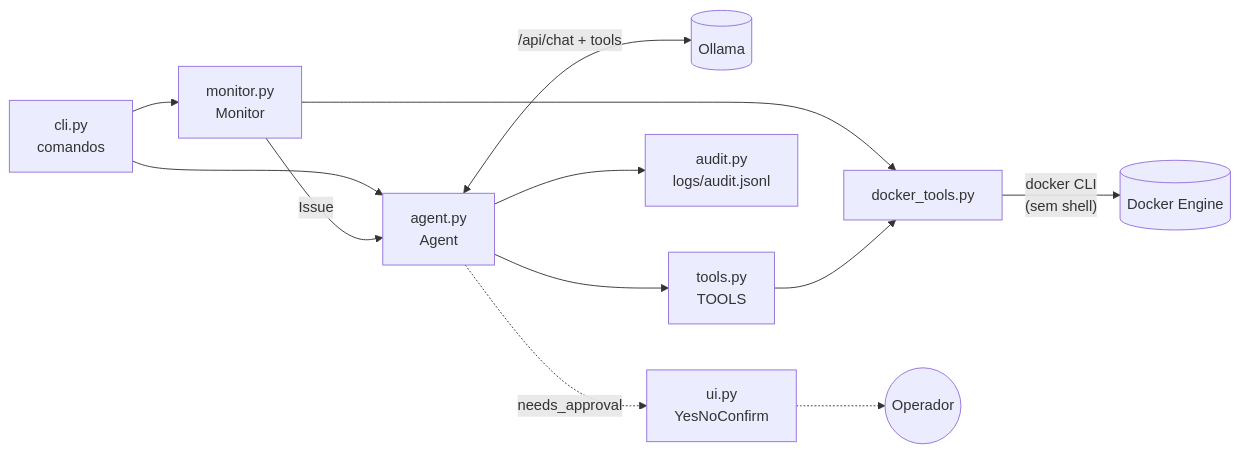
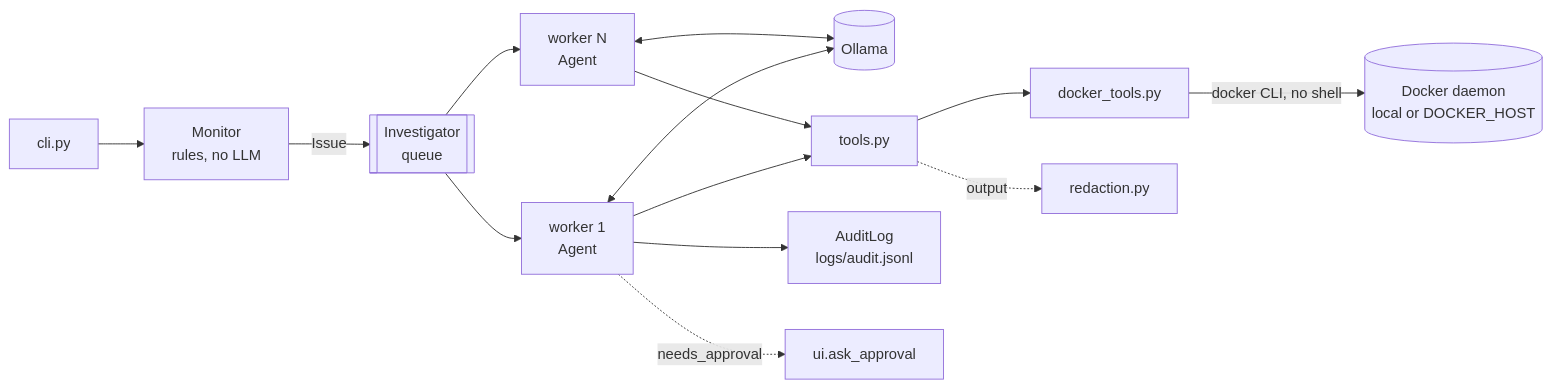
The first of 3 diagrams in README.md (umdevaprendiz/agents-DevOps), drawn with Mermaid before and after one commit. The commit also changed other lines of this file and 41 other files, not shown here.

Commit message:
- pacote devops-agent, Dockerfile sem root e CI no GitHub Actions

````diff
--- a/README.md
+++ b/README.md
@@ -54,14 +71,16 @@
 ```mermaid
 flowchart LR
-    CLI["cli.py<br/>comandos"] --> Monitor["monitor.py<br/>Monitor"]
-    CLI --> Agent["agent.py<br/>Agent"]
-    Monitor -- "Issue" --> Agent
-    Monitor --> DT["docker_tools.py"]
-    Agent <-- "/api/chat + tools" --> Ollama[("Ollama")]
-    Agent --> Tools["tools.py<br/>TOOLS"]
-    Tools --> DT
-    DT -- "docker CLI<br/>(sem shell)" --> Docker[("Docker Engine")]
-    Agent --> Audit["audit.py<br/>logs/audit.jsonl"]
-    Agent -. "needs_approval" .-> UI["ui.py<br/>YesNoConfirm"]
-    UI -.-> Human(("Operador"))
+    CLI["cli.py"] --> Monitor["Monitor<br/>rules, no LLM"]
+    Monitor -- "Issue" --> Queue[["Investigator<br/>queue"]]
+    Queue --> W1["worker 1<br/>Agent"]
+    Queue --> WN["worker N<br/>Agent"]
+    W1 <--> Ollama[("Ollama")]
+    WN <--> Ollama
+    W1 --> Tools["tools.py"]
+    WN --> Tools
+    Tools --> DT["docker_tools.py"]
+    DT -- "docker CLI, no shell" --> Docker[("Docker daemon<br/>local or DOCKER_HOST")]
+    Tools -. "output" .-> Redact["redaction.py"]
+    W1 --> Audit["AuditLog<br/>logs/audit.jsonl"]
+    W1 -. "needs_approval" .-> UI["ui.ask_approval"]
 ```
````
